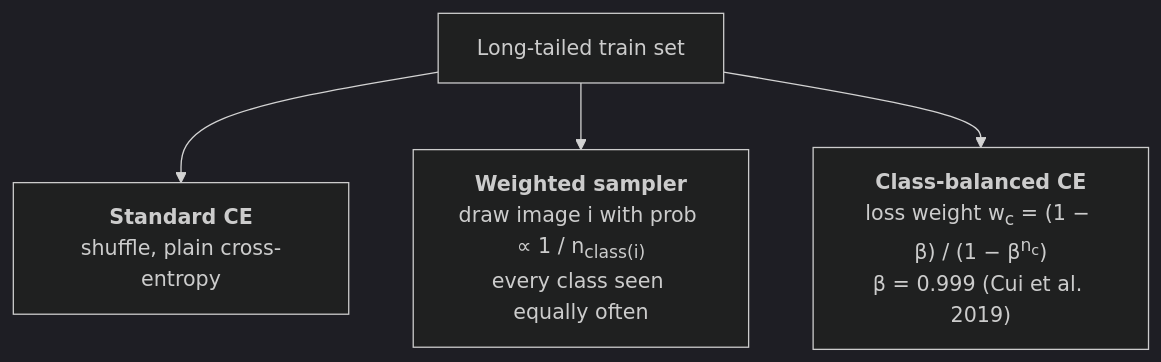
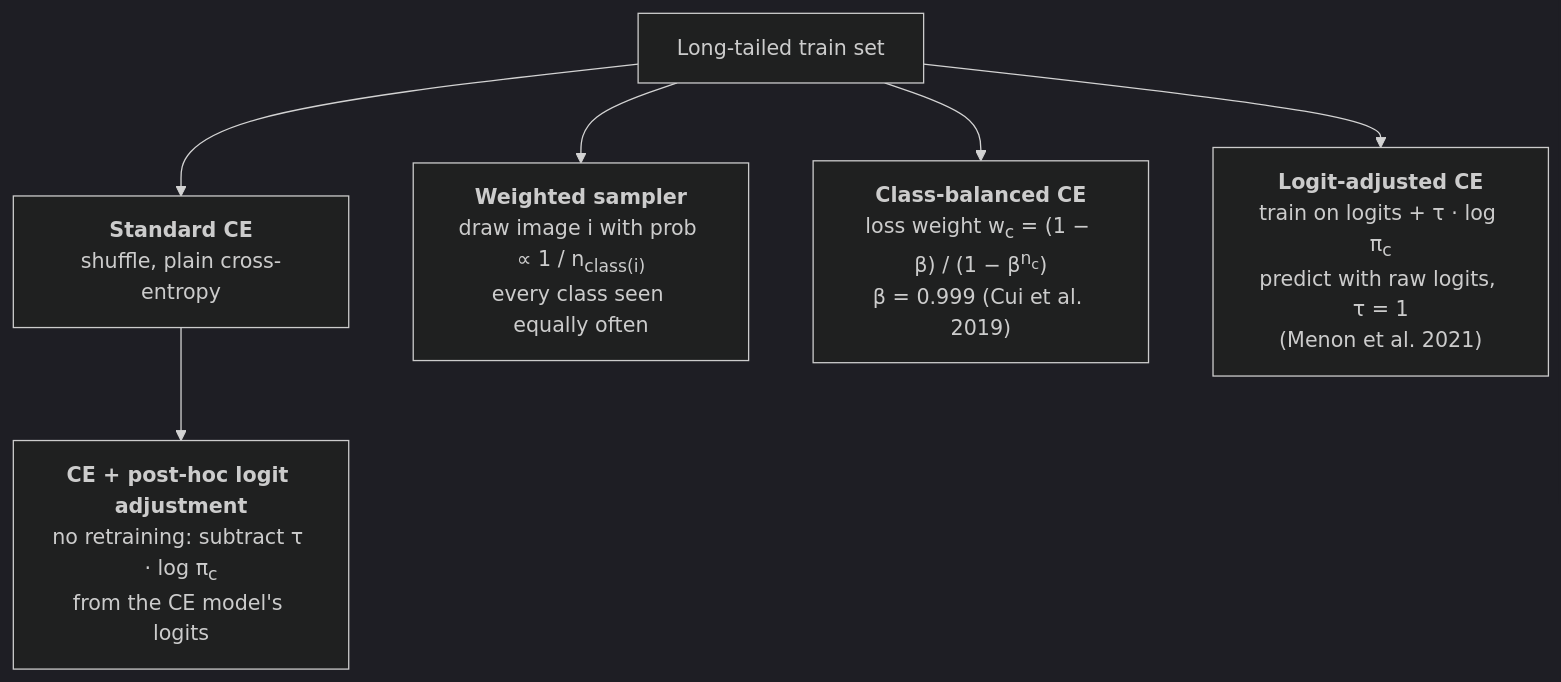
One commit to Shafwansafi06/BirdShift changed the fifth of 6 diagrams in README.md. Above: the diagram before and after it, drawn with Mermaid (dark theme). The commit also changed other lines of this file and 38 other files, not shown here.

Commit message:
Add logit adjustment and 448 px mixed-precision runs

````diff
--- a/README.md
+++ b/README.md
@@ -159,7 +194,9 @@
 ```mermaid
 flowchart TB
-    LT["Long-tailed train set"] --> CE & WS & CB
+    LT["Long-tailed train set"] --> CE & WS & CB & LA
     CE["<b>Standard CE</b><br/>shuffle, plain cross-entropy"]
     WS["<b>Weighted sampler</b><br/>draw image i with prob ∝ 1 / n<sub>class(i)</sub><br/>every class seen equally often"]
     CB["<b>Class-balanced CE</b><br/>loss weight w<sub>c</sub> = (1 − β) / (1 − β<sup>n<sub>c</sub></sup>)<br/>β = 0.999 (Cui et al. 2019)"]
+    LA["<b>Logit-adjusted CE</b><br/>train on logits + τ · log π<sub>c</sub><br/>predict with raw logits, τ = 1<br/>(Menon et al. 2021)"]
+    CE --> PH["<b>CE + post-hoc logit adjustment</b><br/>no retraining: subtract τ · log π<sub>c</sub><br/>from the CE model's logits"]
 ```
````
